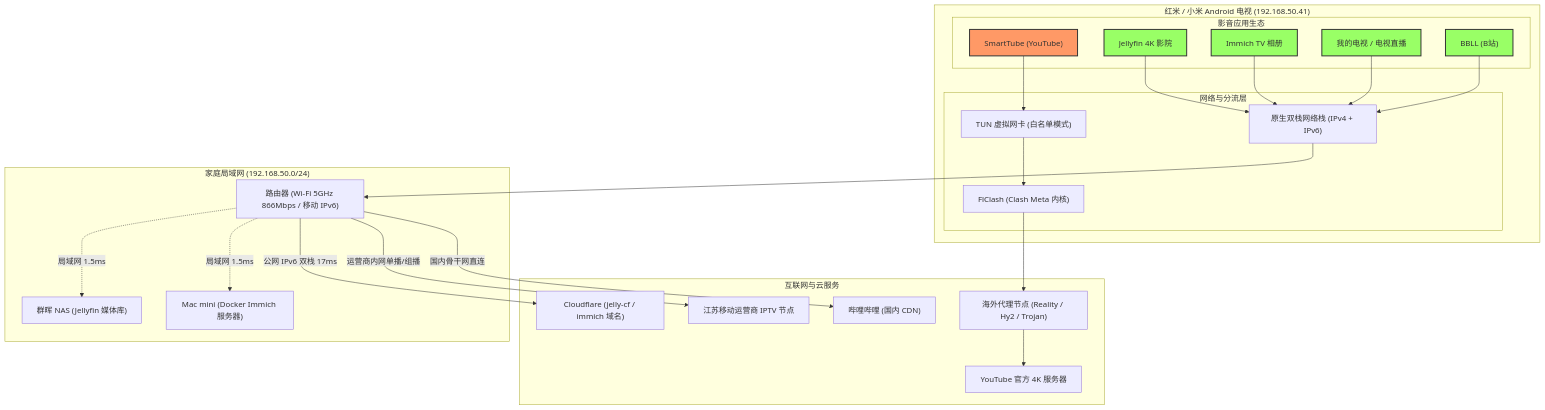
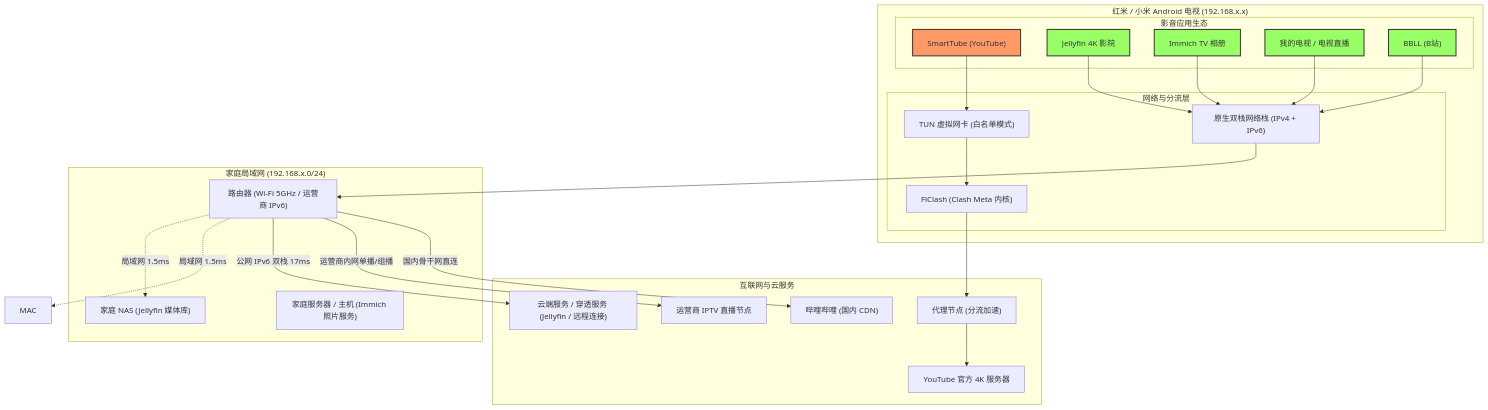
The diagram in data/readmes/P-bit-display__chiguo-tv.md (zqf20096327/ai_collect), drawn with Mermaid before and after one commit. The commit also changed 2362 other files, not shown here.

````diff
--- a/data/readmes/P-bit-display__chiguo-tv.md
+++ b/data/readmes/P-bit-display__chiguo-tv.md
@@ -101,55 +101,55 @@
 ```mermaid
 flowchart TD
-    subgraph TV["红米 / 小米 Android 电视 (192.168.50.41)"]
+    subgraph TV["红米 / 小米 Android 电视 (192.168.x.x)"]
         subgraph Apps["影音应用生态"]
             ST["SmartTube (YouTube)"]
             JF["Jellyfin 4K 影院"]
             IM["Immich TV 相册"]
             IPTV["我的电视 / 电视直播"]
             BL["BBLL (B站)"]
         end
 
         subgraph NetworkManager["网络与分流层"]
             FL["FlClash (Clash Meta 内核)"]
             TUN["TUN 虚拟网卡 (白名单模式)"]
             NativeNet["原生双栈网络栈 (IPv4 + IPv6)"]
         end
     end
 
-    subgraph HomeLAN["家庭局域网 (192.168.50.0/24)"]
-        NAS["群晖 NAS (Jellyfin 媒体库)"]
-        MAC["Mac mini (Docker Immich 服务器)"]
-        ROUTER["路由器 (Wi-Fi 5GHz 866Mbps / 移动 IPv6)"]
+    subgraph HomeLAN["家庭局域网 (192.168.x.0/24)"]
+        NAS["家庭 NAS (Jellyfin 媒体库)"]
+        SRV["家庭服务器 / 主机 (Immich 照片服务)"]
+        ROUTER["路由器 (Wi-Fi 5GHz / 运营商 IPv6)"]
     end
 
     subgraph Internet["互联网与云服务"]
-        CF["Cloudflare (jelly-cf / immich 域名)"]
+        CF["云端服务 / 穿透服务 (Jellyfin / 远程连接)"]
         BILI["哔哩哔哩 (国内 CDN)"]
-        OP["江苏移动运营商 IPTV 节点"]
-        PROXY["海外代理节点 (Reality / Hy2 / Trojan)"]
+        OP["运营商 IPTV 直播节点"]
+        PROXY["代理节点 (分流加速)"]
         YT["YouTube 官方 4K 服务器"]
     end
 
     %% 流量路由关系
     ST --> TUN
     TUN --> FL
     FL --> PROXY
     PROXY --> YT
 
     JF --> NativeNet
     IM --> NativeNet
     IPTV --> NativeNet
     BL --> NativeNet
 
     NativeNet --> ROUTER
     ROUTER -.->|局域网 1.5ms| NAS
     ROUTER -.->|局域网 1.5ms| MAC
     ROUTER -->|公网 IPv6 双栈 17ms| CF
     ROUTER -->|运营商内网单播/组播| OP
     ROUTER -->|国内骨干网直连| BILI
 
     classDef proxyApp fill:#f96,stroke:#333,stroke-width:2px;
     classDef directApp fill:#9f6,stroke:#333,stroke-width:2px;
     class ST proxyApp;
     class JF,IM,IPTV,BL directApp;
 ```
````
